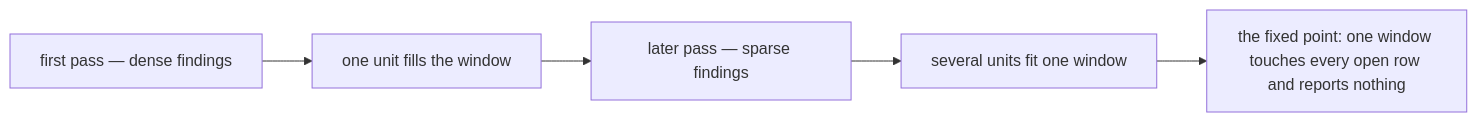
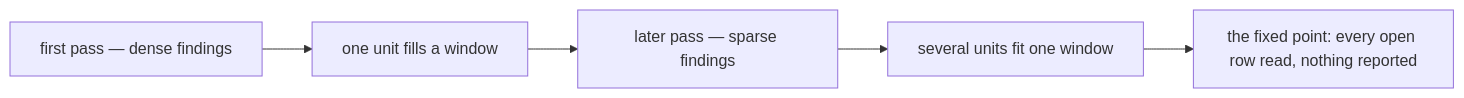
One commit to Esposter/Esposter changed the diagram in .agents/skills/sweeps/references/windows-and-convergence.md. Above: the diagram before and after it, drawn with Mermaid. The commit also changed other lines of this file and 1 other file, not shown here.

First line of the commit message:
docs(sweeps): a sitting is never sized to a review window — the collector cuts them at the cap

````diff
--- a/.agents/skills/sweeps/references/windows-and-convergence.md
+++ b/.agents/skills/sweeps/references/windows-and-convergence.md
@@ -17,7 +22,7 @@
 ```mermaid
 flowchart LR
-  FIRST["first pass — dense findings"] --> ONE["one unit fills the window"]
+  FIRST["first pass — dense findings"] --> ONE["one unit fills a window"]
   ONE --> LATER["later pass — sparse findings"]
   LATER --> MANY["several units fit one window"]
-  MANY --> FIXED["the fixed point: one window touches every open row and reports nothing"]
+  MANY --> FIXED["the fixed point: every open row read, nothing reported"]
 ```
````
